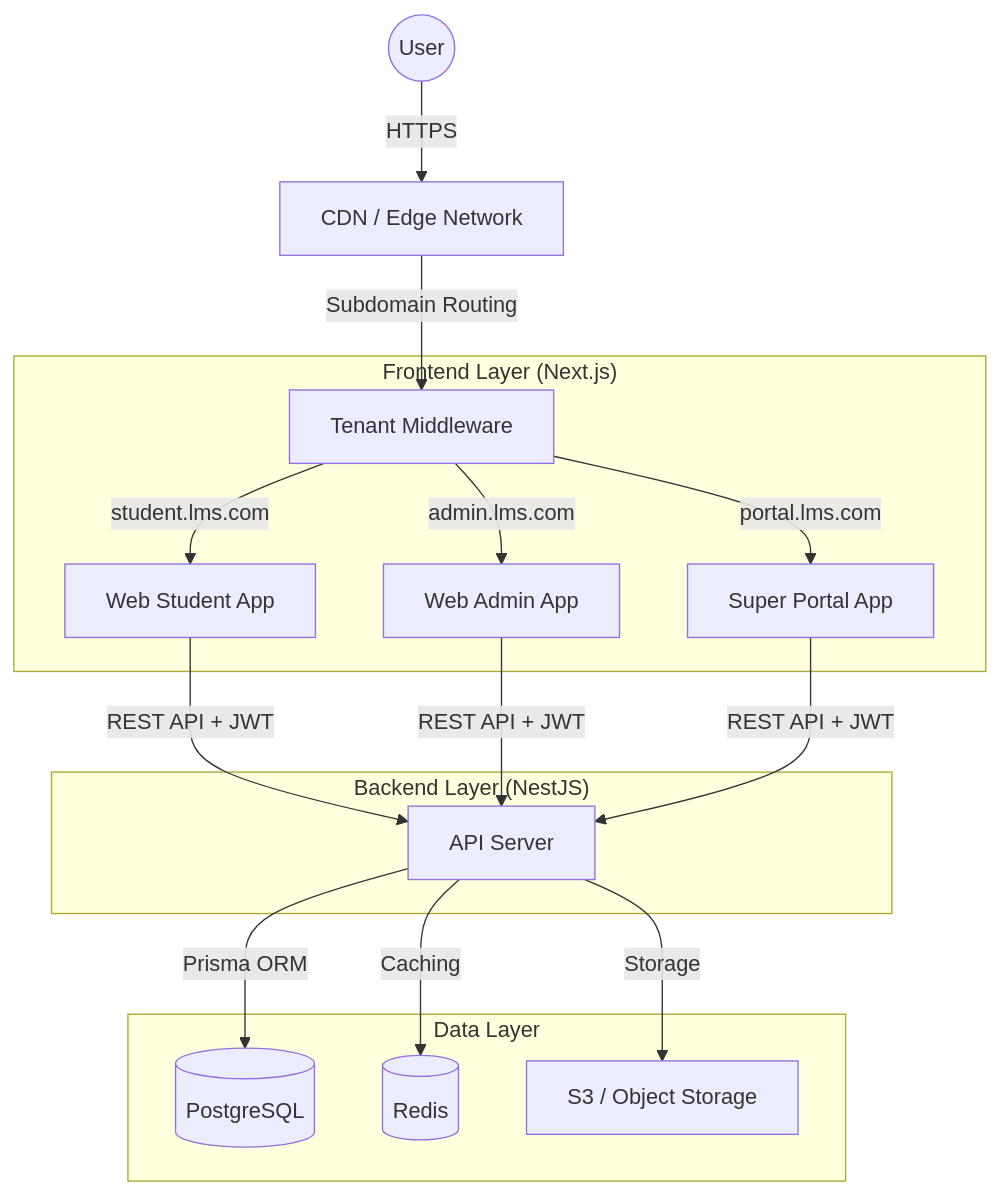
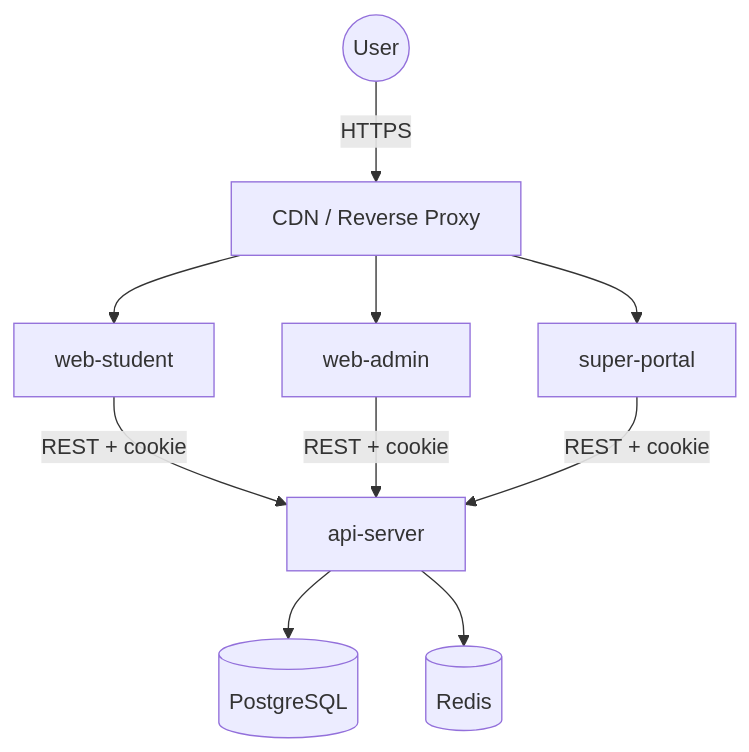
The diagram in docs/ARCHITECTURE.md (Mrnobody102/lms), drawn with Mermaid before and after one commit. The commit also changed other lines of this file and 40 other files, not shown here.

````diff
--- a/docs/ARCHITECTURE.md
+++ b/docs/ARCHITECTURE.md
@@ -13,23 +15,14 @@
 ```mermaid
 graph TD
-    User((User)) -->|HTTPS| CDN[CDN / Edge Network]
-    CDN -->|Subdomain Routing| Middleware[Tenant Middleware]
+    User((User)) -->|HTTPS| Edge[CDN / Reverse Proxy]
+    Edge --> Student[web-student]
+    Edge --> Admin[web-admin]
+    Edge --> Portal[super-portal]
 
-    subgraph "Frontend Layer (Next.js)"
-        Middleware -->|student.lms.com| AppsStudent[Web Student App]
-        Middleware -->|admin.lms.com| AppsAdmin[Web Admin App]
-        Middleware -->|portal.lms.com| AppsPortal[Super Portal App]
-    end
+    Student -->|REST + cookie| API[api-server]
+    Admin -->|REST + cookie| API
+    Portal -->|REST + cookie| API
 
-    subgraph "Backend Layer (NestJS)"
-        AppsStudent -->|REST API + JWT| APIServer[API Server]
-        AppsAdmin -->|REST API + JWT| APIServer
-        AppsPortal -->|REST API + JWT| APIServer
-    end
-
-    subgraph "Data Layer"
-        APIServer -->|Prisma ORM| DB[(PostgreSQL)]
-        APIServer -->|Caching| Redis[(Redis)]
-        APIServer -->|Storage| S3[S3 / Object Storage]
-    end
+    API --> DB[(PostgreSQL)]
+    API --> Redis[(Redis)]
 ```
````
